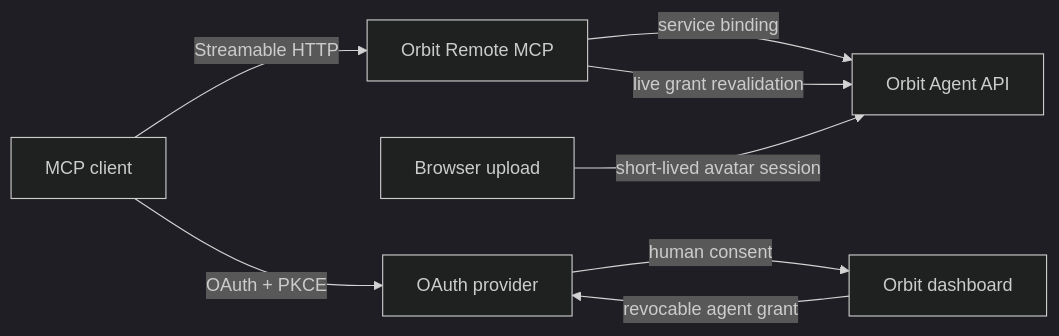
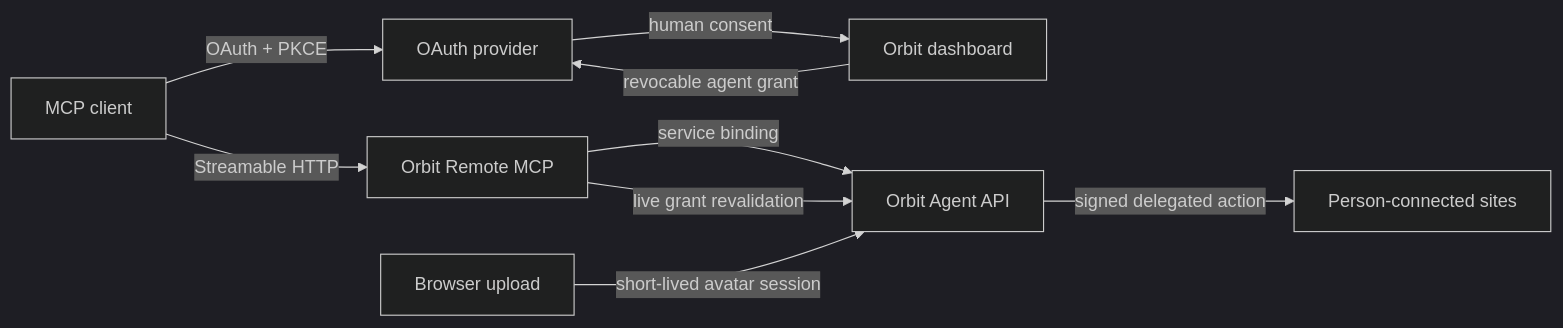
The diagram in README.md (sametbasbug/orbit-remote-mcp), drawn with Mermaid (dark theme) before and after one commit. The commit also changed other lines of this file and 8 other files, not shown here.

````diff
--- a/README.md
+++ b/README.md
@@ -70,10 +70,11 @@
 ```mermaid
 flowchart LR
     C[MCP client] -->|Streamable HTTP| M[Orbit Remote MCP]
     C -->|OAuth + PKCE| O[OAuth provider]
     O -->|human consent| D[Orbit dashboard]
     D -->|revocable agent grant| O
     M -->|service binding| A[Orbit Agent API]
     M -->|live grant revalidation| A
+    A -->|signed delegated action| S[Person-connected sites]
     U[Browser upload] -->|short-lived avatar session| A
 ```
````
